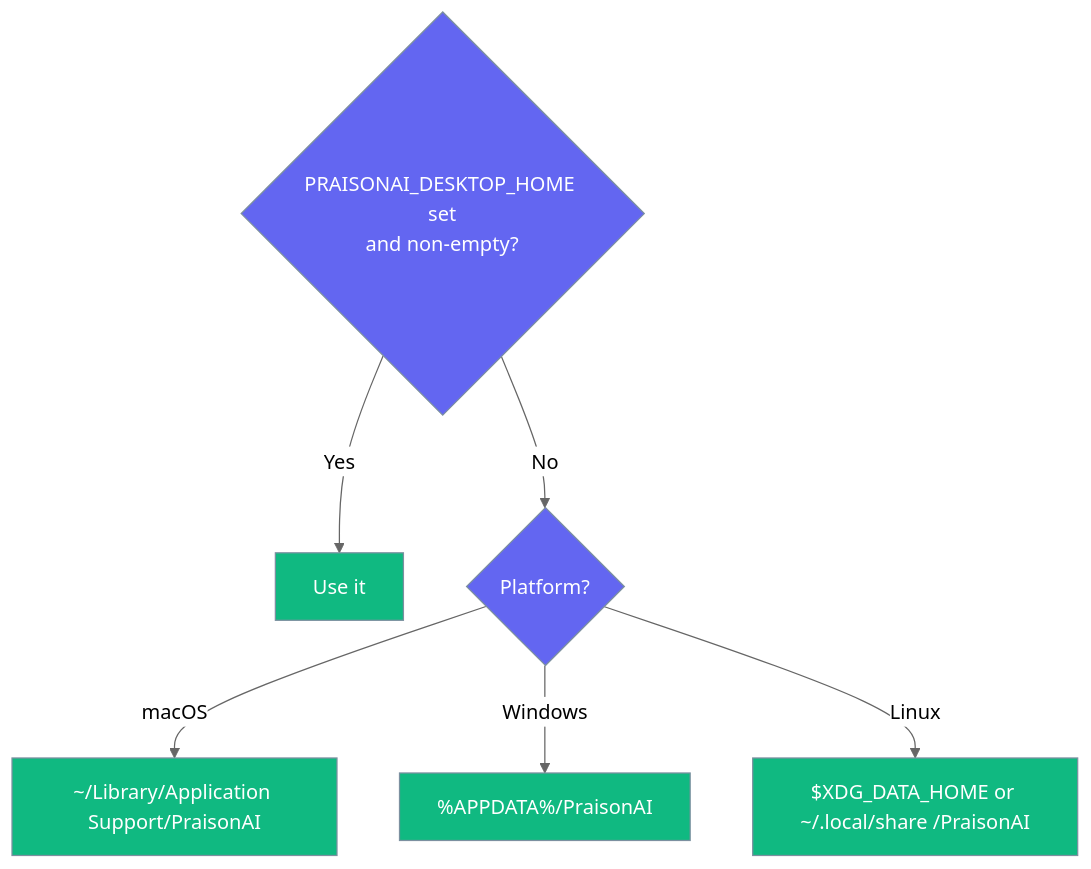
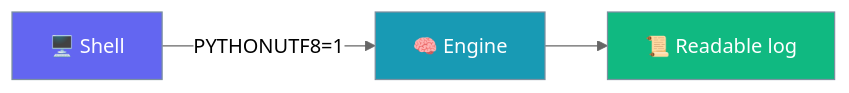
The third of 3 diagrams in docs/features/desktop/environment-variables.mdx (MervinPraison/PraisonAIDocs), drawn with Mermaid (neutral theme) before and after one commit. The commit also changed other lines of this file and 7 other files, not shown here.

Commit message:
docs(desktop): match PraisonAI#4382 and add fine-tune, API, env-vars pages (fixes #3367)

````diff
--- a/docs/features/desktop/environment-variables.mdx
+++ b/docs/features/desktop/environment-variables.mdx
@@ -118,14 +138,13 @@
 ```mermaid
-graph TB
-    Start{PRAISONAI_DESKTOP_HOME set<br/>and non-empty?} -->|Yes| Home[Use it]
-    Start -->|No| Plat{Platform?}
-    Plat -->|macOS| Mac[~/Library/Application Support/PraisonAI]
-    Plat -->|Windows| Win[%APPDATA%/PraisonAI]
-    Plat -->|Linux| Lin[$XDG_DATA_HOME or ~/.local/share /PraisonAI]
+graph LR
+    Shell[🖥️ Shell] -->|PYTHONUTF8=1| Engine[🧠 Engine]
+    Engine --> Log[📜 Readable log]
 
-    classDef q fill:#6366F1,stroke:#7C90A0,color:#fff
-    classDef opt fill:#10B981,stroke:#7C90A0,color:#fff
+    classDef shell fill:#6366F1,stroke:#7C90A0,color:#fff
+    classDef engine fill:#189AB4,stroke:#7C90A0,color:#fff
+    classDef out fill:#10B981,stroke:#7C90A0,color:#fff
 
-    class Start,Plat q
-    class Home,Mac,Win,Lin opt
+    class Shell shell
+    class Engine engine
+    class Log out
 ```
````
